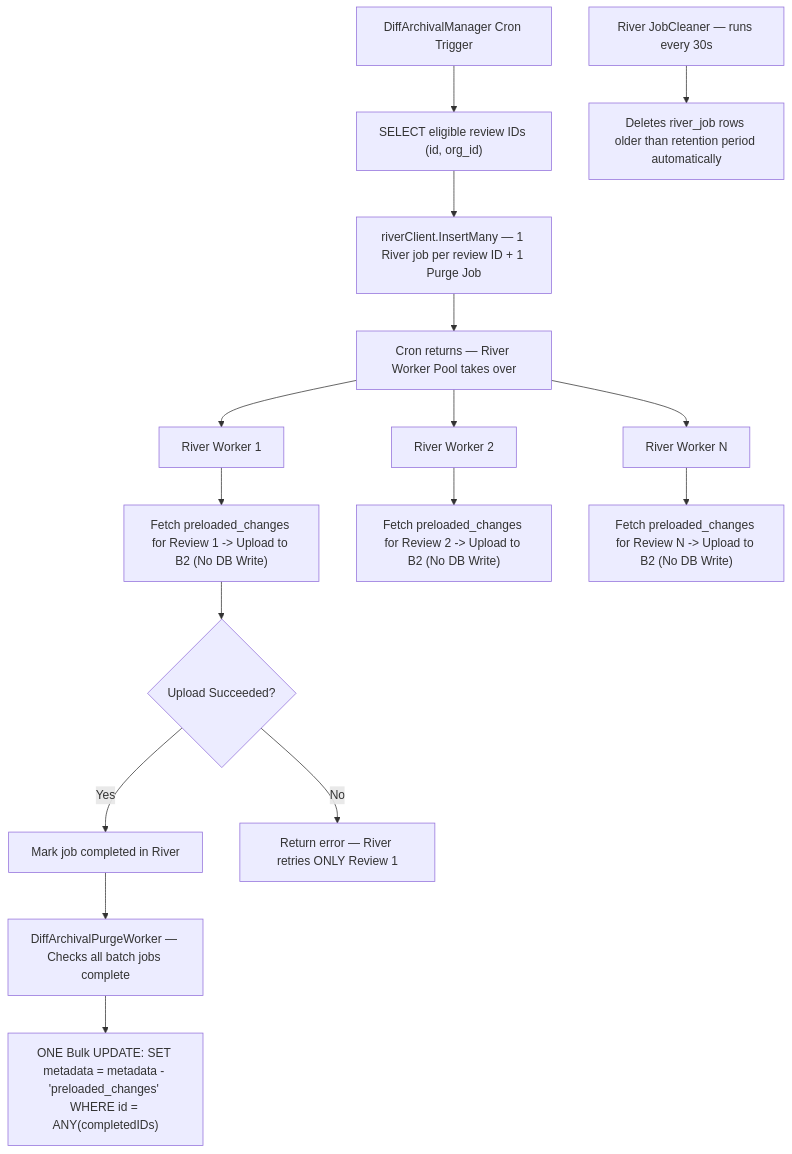
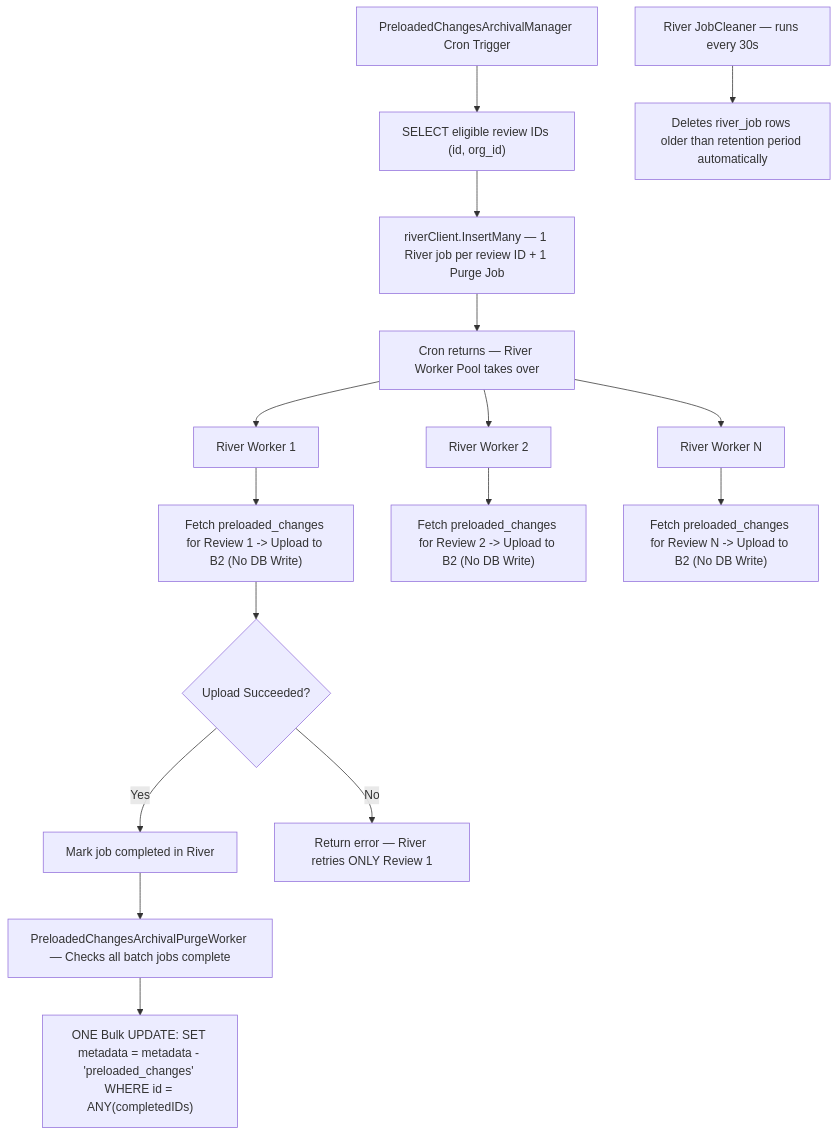
Before and after one commit to HexmosTech/LiveReview: the fifth of 5 diagrams in docs/architecture/diff_storage_offloading.md, drawn with Mermaid. The commit also changed other lines of this file and 13 other files, not shown here.

Commit message:
Refactor Diff Archival to Preloaded Changes Archival

````diff
--- a/docs/architecture/diff_storage_offloading.md
+++ b/docs/architecture/diff_storage_offloading.md
@@ -207,23 +207,23 @@
 ```mermaid
 flowchart TD
-    A["DiffArchivalManager Cron Trigger"] --> B["SELECT eligible review IDs (id, org_id)"]
+    A["PreloadedChangesArchivalManager Cron Trigger"] --> B["SELECT eligible review IDs (id, org_id)"]
     B --> C["riverClient.InsertMany — 1 River job per review ID + 1 Purge Job"]
     C --> D["Cron returns — River Worker Pool takes over"]
 
     D --> E1["River Worker 1"]
     D --> E2["River Worker 2"]
     D --> E3["River Worker N"]
 
     E1 --> F1["Fetch preloaded_changes for Review 1 -> Upload to B2 (No DB Write)"]
     E2 --> F2["Fetch preloaded_changes for Review 2 -> Upload to B2 (No DB Write)"]
     E3 --> F3["Fetch preloaded_changes for Review N -> Upload to B2 (No DB Write)"]
 
     F1 --> G1{"Upload Succeeded?"}
     G1 -- "Yes" --> H1["Mark job completed in River"]
     G1 -- "No" --> I1["Return error — River retries ONLY Review 1"]
 
-    H1 --> P["DiffArchivalPurgeWorker — Checks all batch jobs complete"]
+    H1 --> P["PreloadedChangesArchivalPurgeWorker — Checks all batch jobs complete"]
     P --> Q["ONE Bulk UPDATE: SET metadata = metadata - 'preloaded_changes' WHERE id = ANY(completedIDs)"]
 
     J["River JobCleaner — runs every 30s"] --> K["Deletes river_job rows older than retention period automatically"]
 ```
````
